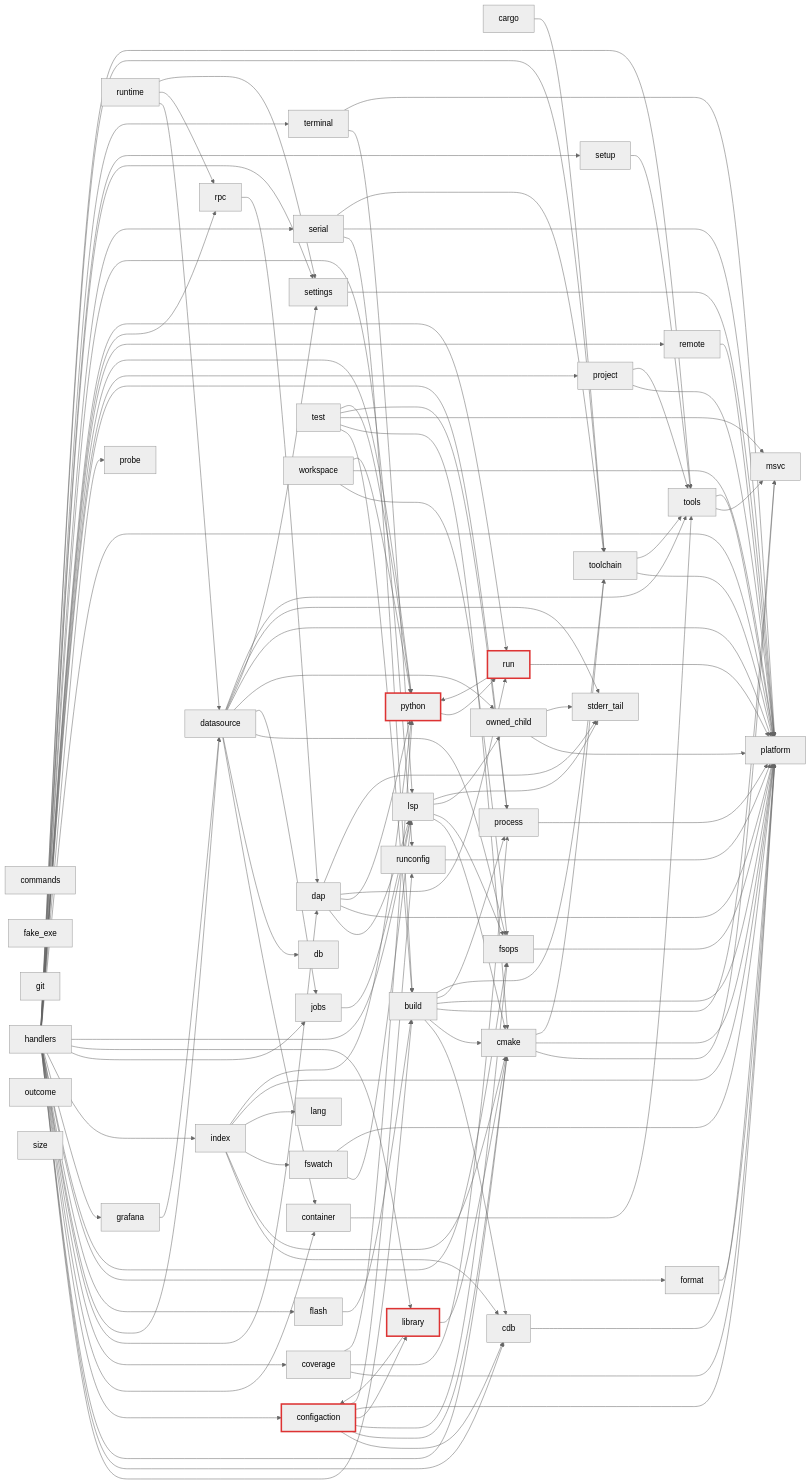
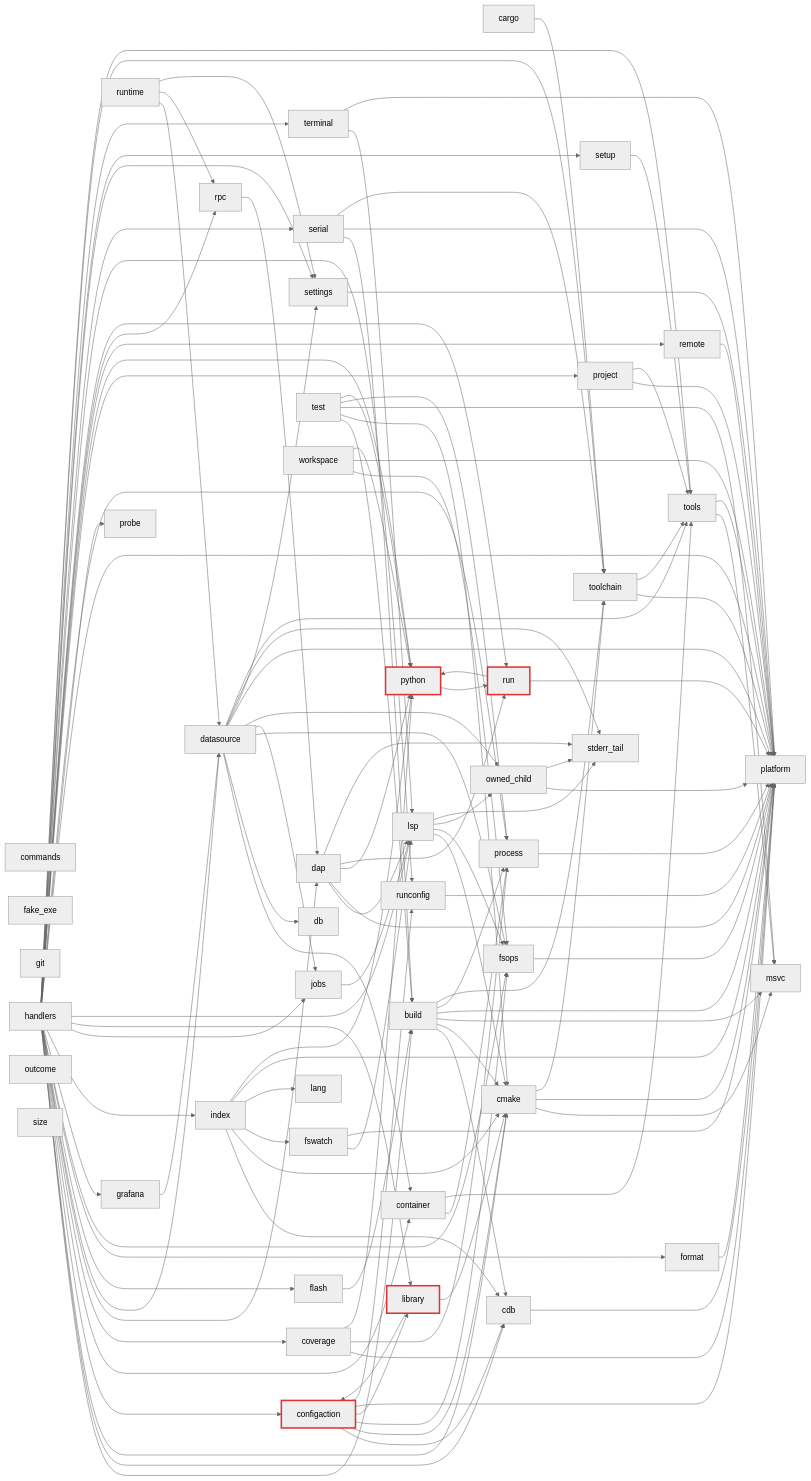
One commit to ViktorWalde/KineinVectis changed the third of 16 diagrams in DocsPublic/arquitetura/01-mapa-de-modulos.md. Above: the diagram before and after it, drawn with Mermaid (neutral theme). The commit also changed other lines of this file and 21 other files, not shown here.

```diff
--- a/DocsPublic/arquitetura/01-mapa-de-modulos.md
+++ b/DocsPublic/arquitetura/01-mapa-de-modulos.md
@@ -157,6 +157,7 @@
   n_core_configaction --> n_core_library
   n_core_configaction --> n_core_platform
   n_core_configaction --> n_core_runconfig
+  n_core_container --> n_core_process
   n_core_container --> n_core_tools
   n_core_coverage --> n_core_platform
   n_core_coverage --> n_core_process
```
